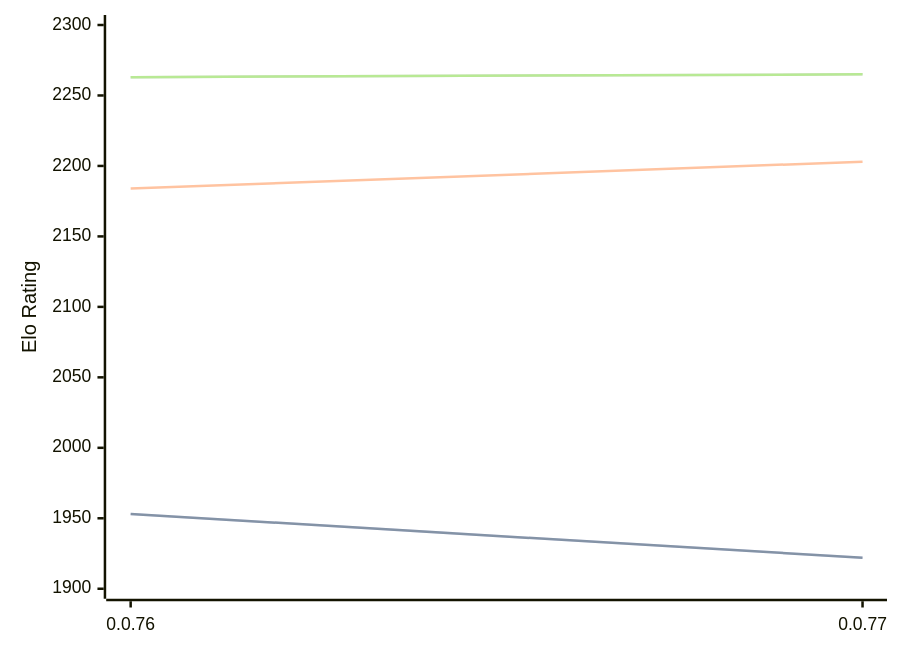
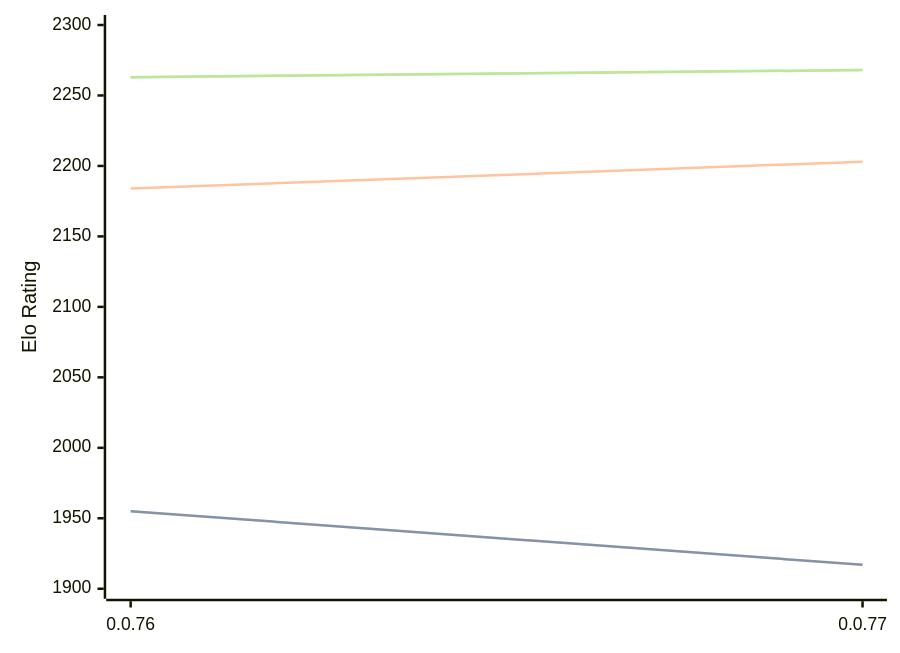
The diagram in engines/Fktb.md (computer-chess-index/cci), drawn with Mermaid before and after one commit. The commit also changed other lines of this file, not shown here.

Commit message:
Update CCI Ratings (ELO VLTC) - 2026-02-21

````diff
--- a/engines/Fktb.md
+++ b/engines/Fktb.md
@@ -29,11 +29,11 @@
 ```mermaid
 %%{init: {"theme":"base","themeVariables":{"seriesColors:['#a3a3a3','#222221','#faa371']}}}%%
 xychart-beta
   x-axis ["0.0.76", "0.0.77"]
   y-axis "Elo Rating" 1900 --> 2300
-  line "STC (8.0+0.08s)" [1953, 1922]
-  line "STC (8.0+0.08s)" [1953, 1922]
+  line "STC (8.0+0.08s)" [1955, 1917]
+  line "STC (8.0+0.08s)" [1955, 1917]
   line "LTC (60.0+0.60s)" [2184, 2203]
-  line "VLTC (2m24s+1.12s)" [2263, 2265]
-  line "VLTC (2m24s+1.12s)" [2263, 2265]
+  line "VLTC (2m24s+1.12s)" [2263, 2268]
+  line "VLTC (2m24s+1.12s)" [2263, 2268]
 ```
````
